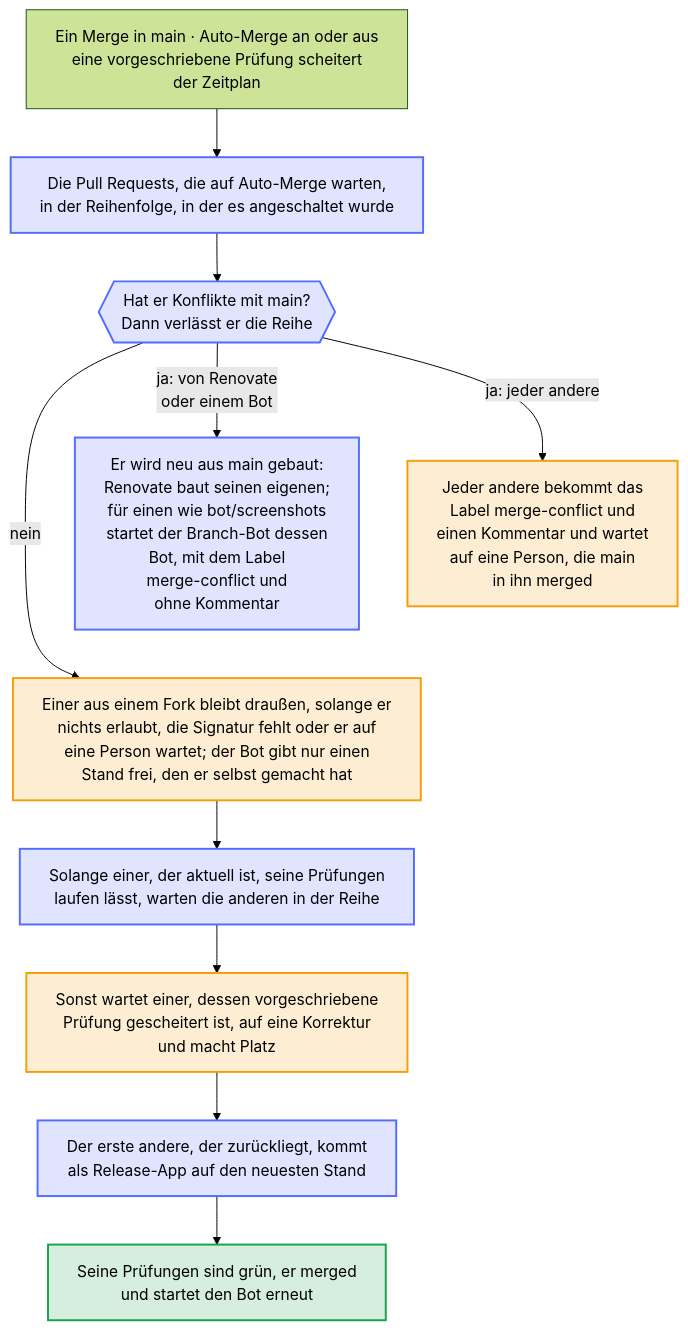
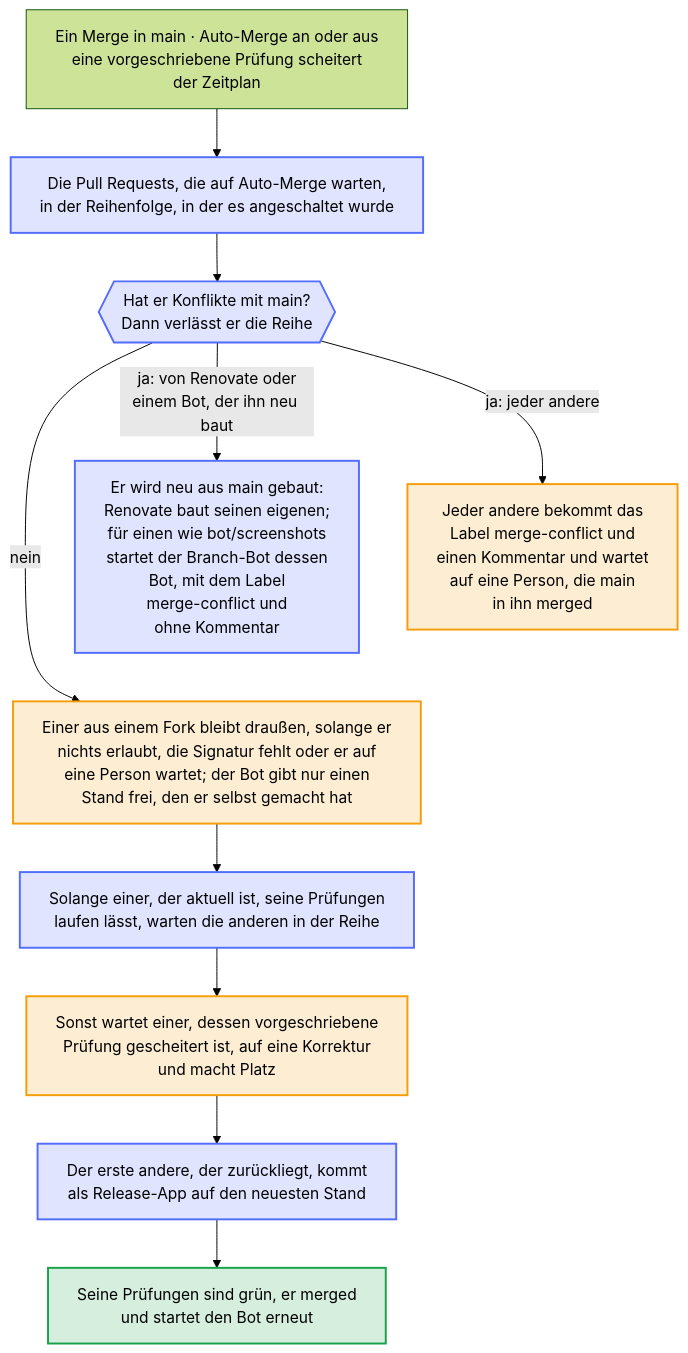
Before and after one commit to Dennis-Otto/repo-blueprint: the diagram in docs/diagrams/the-line-of-the-branch-bot.de.mmd, drawn with Mermaid (forest theme). The commit also changed 5 other files, not shown here.

```diff
--- a/docs/diagrams/the-line-of-the-branch-bot.de.mmd
+++ b/docs/diagrams/the-line-of-the-branch-bot.de.mmd
@@ -1,39 +1,39 @@
 ---
 config:
   flowchart:
     wrappingWidth: 400
 ---
 flowchart TB
     accTitle: Die Reihe des Branch-Bots
     accDescr: Ein Merge in main, ein an- oder ausgeschaltetes Auto-Merge oder eine vorgeschriebene Prüfung eines Pull Requests, die scheitert, startet den Branch-Bot. Er nimmt die Pull Requests, die auf Auto-Merge warten, in der Reihenfolge, in der es angeschaltet wurde. Einer mit Konflikten zu main verlässt die Reihe. Einen eigenen Branch baut Renovate neu. Der Branch eines Bots, der ihn neu baut, etwa bot/screenshots, bekommt das Label merge-conflict, und der Branch-Bot startet diesen Bot, der ihn neu aus main baut, ohne Kommentar, da niemand handeln muss. Jeder andere bekommt das Label merge-conflict und einen Kommentar und wartet auf eine Person, die main in ihn merged. Einer aus einem Fork bleibt außerhalb der Reihe, solange sein Autor keine Änderungen durch Maintainer erlaubt, ein Commit keine geprüfte Signatur hat oder seine Läufe auf eine Person warten; der Bot gibt sie nur für einen Stand frei, den er selbst auf Commits gemacht hat, die eine Person freigegeben hat. Solange die Prüfungen eines aktuellen laufen, warten die anderen in der Reihe. Sonst wartet einer, dessen vorgeschriebene Prüfung gescheitert ist, auf eine Korrektur, und der Bot bringt den ersten anderen, der zurückliegt, als Release-App auf den neuesten Stand. Seine Prüfungen laufen, und sobald sie grün sind, merged er, was den Bot für den nächsten erneut startet.
 
     start["Ein Merge in main · Auto-Merge an oder aus<br>eine vorgeschriebene Prüfung scheitert<br>der Zeitplan"]
     line["Die Pull Requests, die auf Auto-Merge warten,<br>in der Reihenfolge, in der es angeschaltet wurde"]
     conflict{{"Hat er Konflikte mit main?<br>Dann verlässt er die Reihe"}}
     rebuilt["Er wird neu aus main gebaut:<br>Renovate baut seinen eigenen;<br>für einen wie bot/screenshots<br>startet der Branch-Bot dessen<br>Bot, mit dem Label<br>merge-conflict und<br>ohne Kommentar"]
     comment["Jeder andere bekommt das<br>Label merge-conflict und<br>einen Kommentar und wartet<br>auf eine Person, die main<br>in ihn merged"]
     fork["Einer aus einem Fork bleibt draußen, solange er<br>nichts erlaubt, die Signatur fehlt oder er auf<br>eine Person wartet; der Bot gibt nur einen<br>Stand frei, den er selbst gemacht hat"]
     flight["Solange einer, der aktuell ist, seine Prüfungen<br>laufen lässt, warten die anderen in der Reihe"]
     failed["Sonst wartet einer, dessen vorgeschriebene<br>Prüfung gescheitert ist, auf eine Korrektur<br>und macht Platz"]
     update["Der erste andere, der zurückliegt, kommt<br>als Release-App auf den neuesten Stand"]
     merge["Seine Prüfungen sind grün, er merged<br>und startet den Bot erneut"]
 
     start --> line
     line --> conflict
-    conflict -- "ja: von Renovate<br>oder einem Bot" --> rebuilt
+    conflict -- "ja: von Renovate oder<br>einem Bot, der ihn neu baut" --> rebuilt
     conflict -- "nein" --> fork
     conflict -- "ja: jeder andere" --> comment
     %% The two ends of a conflict sit beside the line, which goes on below them.
     rebuilt ~~~ fork
     comment ~~~ fork
     fork --> flight
     flight --> failed
     failed --> update
     update --> merge
 
     classDef bot fill:#526cfe2e,stroke:#526cfe,stroke-width:2px
     classDef person fill:#f59e0b2e,stroke:#f59e0b,stroke-width:2px
     classDef done fill:#16a34a2e,stroke:#16a34a,stroke-width:2px
     class line,conflict,rebuilt,flight,update bot
     class comment,fork,failed person
     class merge done
```
